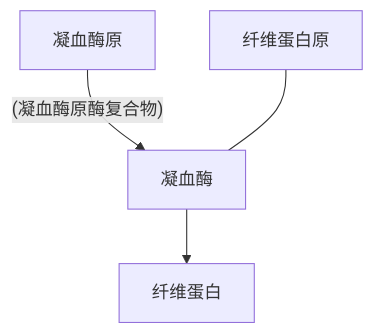
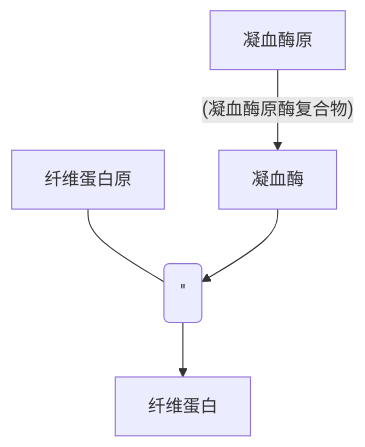
One commit to ChickenHu/notebook changed the third of 4 diagrams in Physiology/血液.md. Above: the diagram before and after it, drawn with Mermaid. The commit also changed other lines of this file and 3 other files, not shown here.

````diff
--- a/Physiology/血液.md
+++ b/Physiology/血液.md
@@ -60,5 +60,6 @@
 ```mermaid
 flowchart
 凝血酶原 --(凝血酶原酶复合物)--> 凝血酶
-纤维蛋白原---凝血酶-->纤维蛋白
+纤维蛋白原---A('')-->纤维蛋白
+凝血酶-->A
 ```
````
